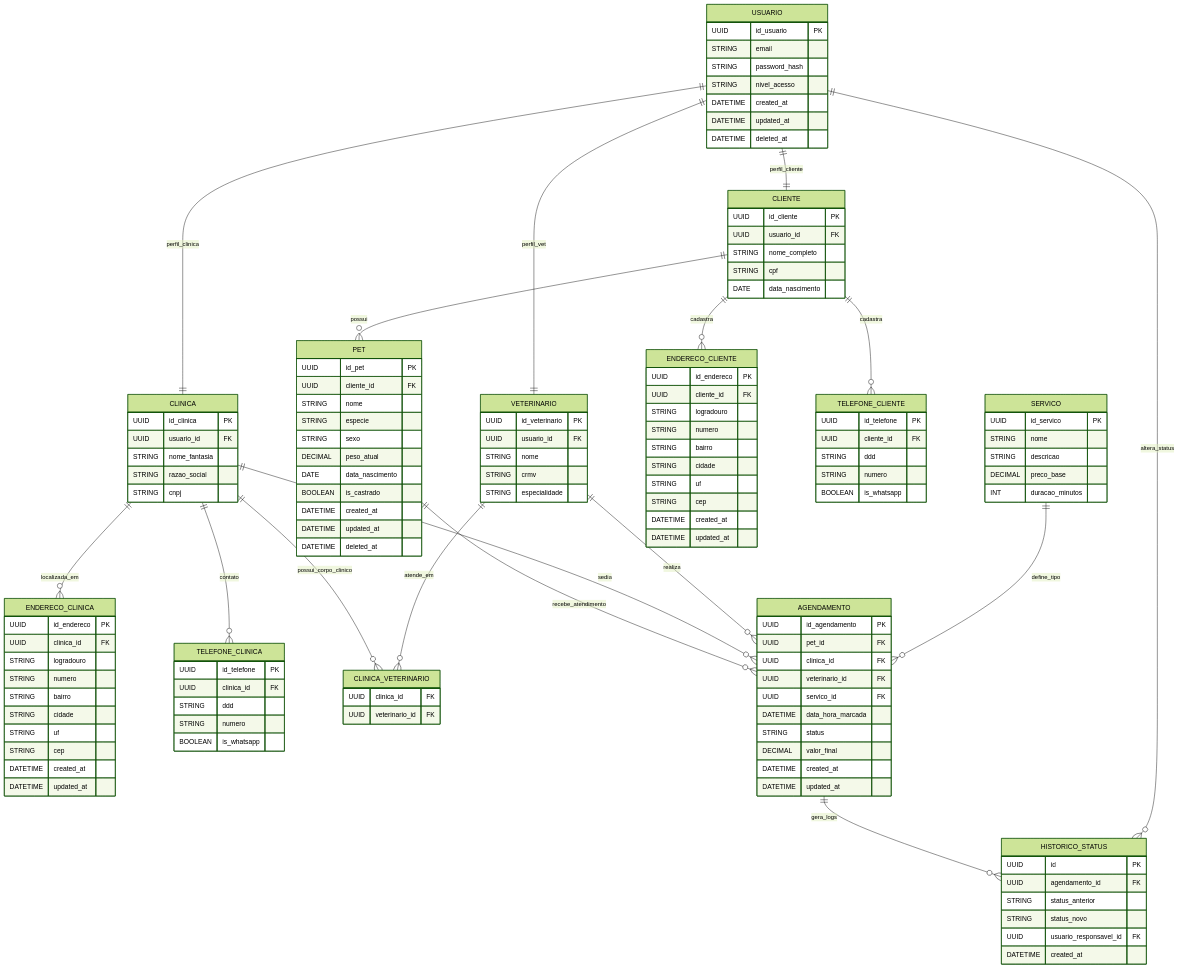
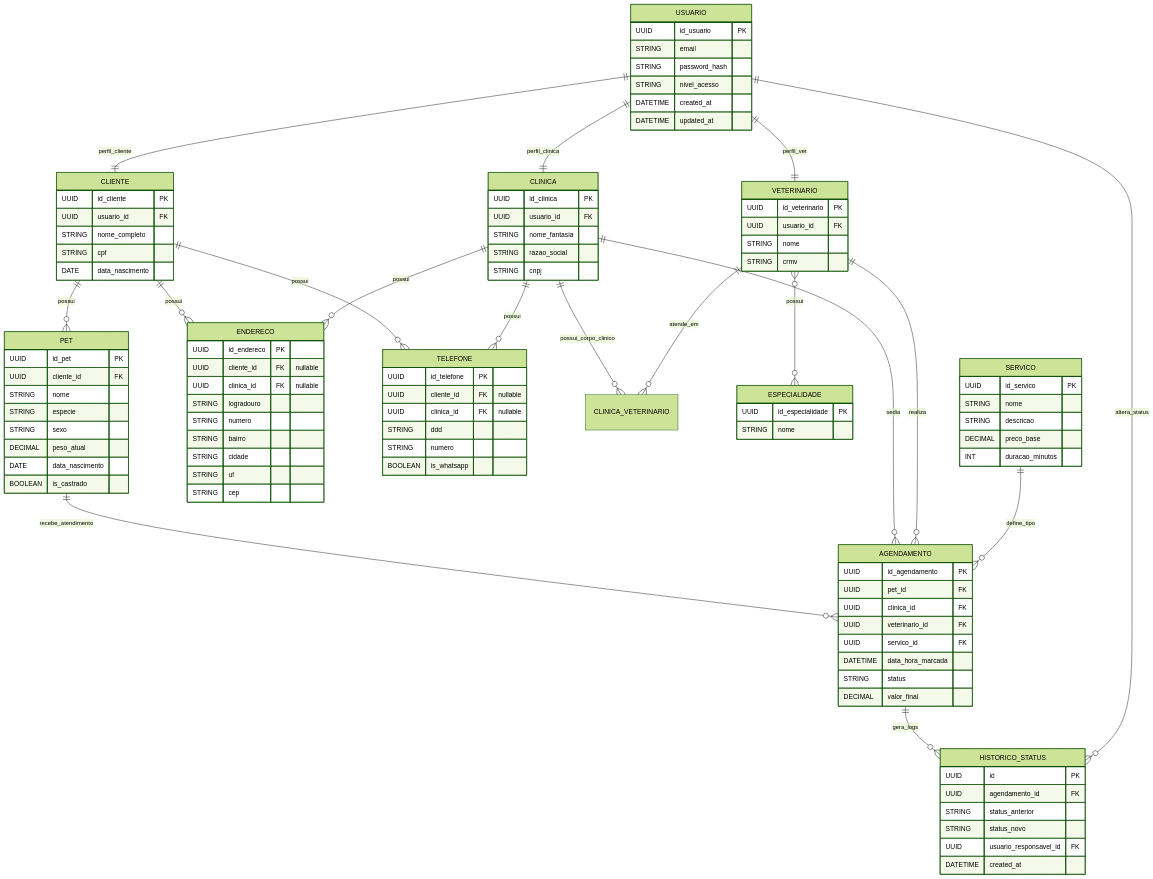
The diagram in README.md (GabrielPires345/PetCare), drawn with Mermaid (forest theme) before and after one commit.

Commit message:
Update README.md
teste

```diff
--- a/README.md
+++ b/README.md
@@ -58,15 +58,16 @@
     USUARIO ||--|| CLINICA : perfil_clinica
     
     CLIENTE ||--o{ PET : possui
+    CLIENTE ||--o{ ENDERECO : possui
+    CLIENTE ||--o{ TELEFONE : possui
 
-    CLIENTE ||--o{ ENDERECO_CLIENTE : cadastra
-    CLIENTE ||--o{ TELEFONE_CLIENTE : cadastra
-
-    CLINICA ||--o{ ENDERECO_CLINICA : localizada_em
-    CLINICA ||--o{ TELEFONE_CLINICA : contato
+    CLINICA ||--o{ ENDERECO : possui
+    CLINICA ||--o{ TELEFONE : possui
 
     CLINICA ||--o{ CLINICA_VETERINARIO : possui_corpo_clinico
     VETERINARIO ||--o{ CLINICA_VETERINARIO : atende_em
+    
+    VETERINARIO }o--o{ ESPECIALIDADE : possui
     
     PET ||--o{ AGENDAMENTO : recebe_atendimento
     CLINICA ||--o{ AGENDAMENTO : sedia
@@ -83,7 +84,6 @@
         STRING nivel_acesso
         DATETIME created_at
         DATETIME updated_at
-        DATETIME deleted_at
     }
 
     CLIENTE {
@@ -99,7 +99,11 @@
         UUID usuario_id FK
         STRING nome
         STRING crmv
-        STRING especialidade
+    }
+
+    ESPECIALIDADE {
+        UUID id_especialidade PK
+        STRING nome
     }
 
     CLINICA {
@@ -110,9 +114,25 @@
         STRING cnpj
     }
 
-    CLINICA_VETERINARIO {
-        UUID clinica_id FK
-        UUID veterinario_id FK
+    ENDERECO {
+        UUID id_endereco PK
+        UUID cliente_id FK "nullable"
+        UUID clinica_id FK "nullable"
+        STRING logradouro
+        STRING numero
+        STRING bairro
+        STRING cidade
+        STRING uf
+        STRING cep
+    }
+
+    TELEFONE {
+        UUID id_telefone PK
+        UUID cliente_id FK "nullable"
+        UUID clinica_id FK "nullable"
+        STRING ddd
+        STRING numero
+        BOOLEAN is_whatsapp
     }
 
     PET {
@@ -124,9 +144,6 @@
         DECIMAL peso_atual
         DATE data_nascimento
         BOOLEAN is_castrado
-        DATETIME created_at
-        DATETIME updated_at
-        DATETIME deleted_at
     }
 
     AGENDAMENTO {
@@ -138,8 +155,6 @@
         DATETIME data_hora_marcada
         STRING status
         DECIMAL valor_final
-        DATETIME created_at
-        DATETIME updated_at
     }
 
     SERVICO {
@@ -148,48 +163,6 @@
         STRING descricao
         DECIMAL preco_base
         INT duracao_minutos
-    }
-
-    ENDERECO_CLIENTE {
-        UUID id_endereco PK
-        UUID cliente_id FK
-        STRING logradouro
-        STRING numero
-        STRING bairro
-        STRING cidade
-        STRING uf
-        STRING cep
-        DATETIME created_at
-        DATETIME updated_at
-    }
-
-    ENDERECO_CLINICA {
-        UUID id_endereco PK
-        UUID clinica_id FK
-        STRING logradouro
-        STRING numero
-        STRING bairro
-        STRING cidade
-        STRING uf
-        STRING cep
-        DATETIME created_at
-        DATETIME updated_at
-    }
-
-    TELEFONE_CLIENTE {
-        UUID id_telefone PK
-        UUID cliente_id FK
-        STRING ddd
-        STRING numero
-        BOOLEAN is_whatsapp
-    }
-
-    TELEFONE_CLINICA {
-        UUID id_telefone PK
-        UUID clinica_id FK
-        STRING ddd
-        STRING numero
-        BOOLEAN is_whatsapp
     }
 
     HISTORICO_STATUS {
```
